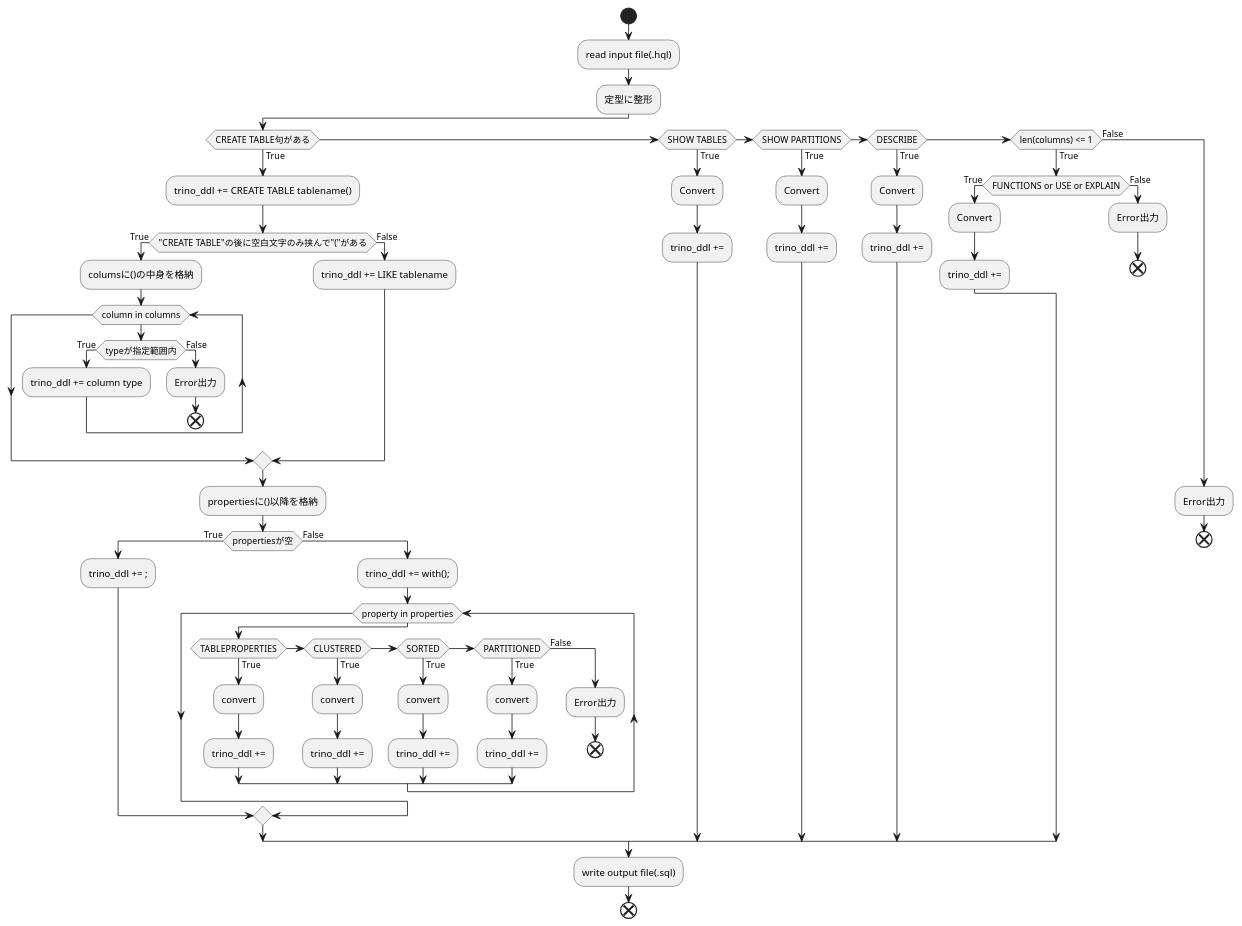
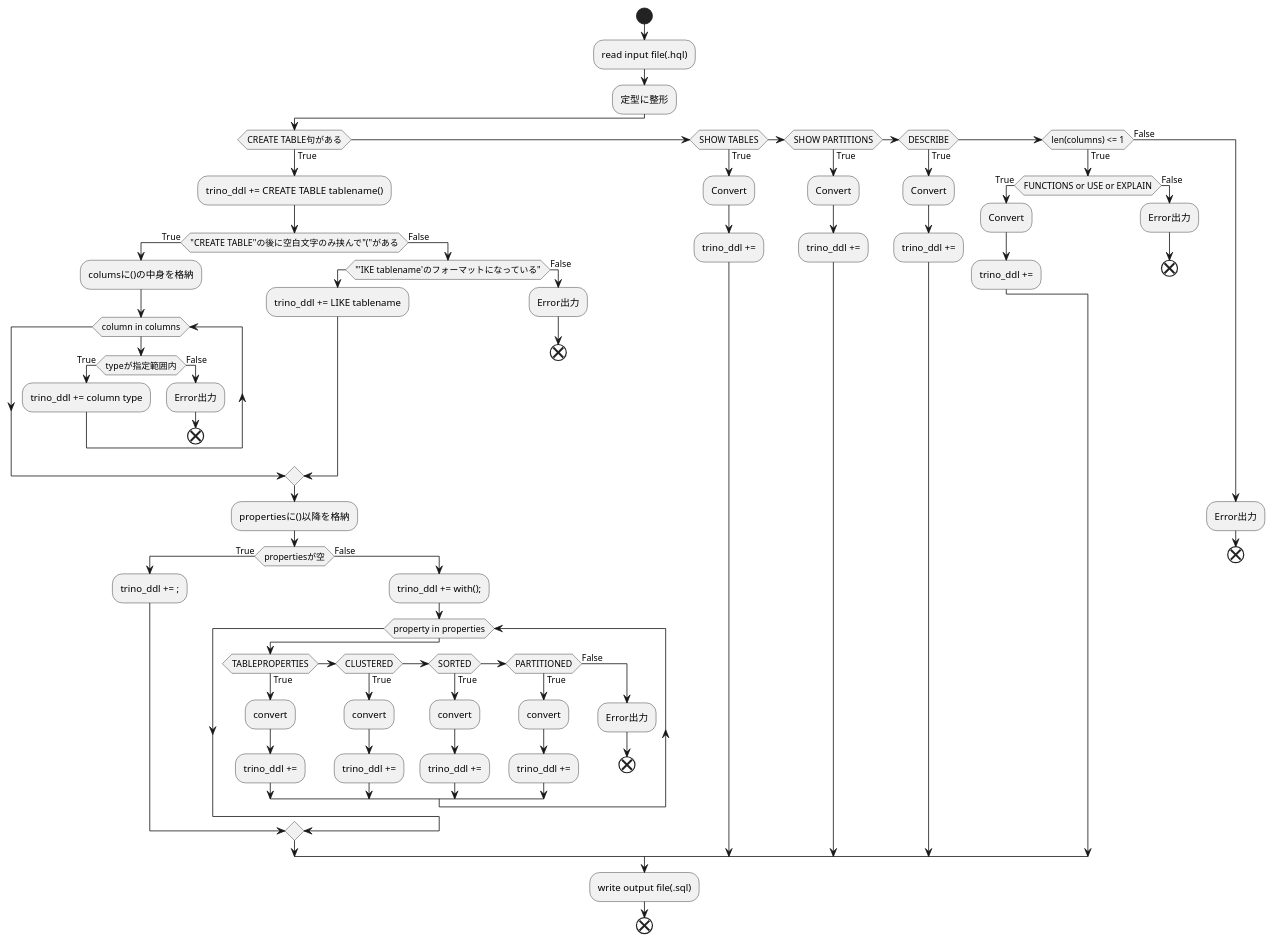
One commit to snym-yt/ConvertHiveDDLintoTrinoDDL changed the diagram in UML/converter2.puml. Above: the diagram before and after it, drawn with PlantUML.

Commit message:
LIKE句についてのアクティビティ図を改善

```diff
--- a/UML/converter2.puml
+++ b/UML/converter2.puml
@@ -1,90 +1,95 @@
 @startuml name
 start
     :read input file(.hql);
     :定型に整形;
     if (CREATE TABLE句がある) then (True)
 
         :trino_ddl += CREATE TABLE tablename();
         if ("CREATE TABLE"の後に空白文字のみ挟んで"("がある) then (True)
             :columsに()の中身を格納;
 
             while (column in columns)
 
                 if (typeが指定範囲内) then (True)
                     :trino_ddl += column type; 
                 else (False)
                     :Error出力;
                     end
                 endif  
 
             endwhile
 
         else (False)
-            :trino_ddl += LIKE tablename;
+            if ("'IKE tablename'のフォーマットになっている")
+                :trino_ddl += LIKE tablename;
+            else (False)
+                :Error出力;
+                end
+            endif
         endif
 
         :propertiesに()以降を格納;
 
         if (propertiesが空) then (True)
             :trino_ddl += ;;
 
         else (False)
 
             :trino_ddl += with();;
 
             while (property in properties)
 
                 if (TABLEPROPERTIES) then (True)
                     :convert;
                     :trino_ddl +=;
                 elseif (CLUSTERED) then (True)
                     :convert;
                     :trino_ddl +=;
                 elseif (SORTED) then (True)
                     :convert;
                     :trino_ddl +=;
                 elseif (PARTITIONED) then (True)
                     :convert;
                     :trino_ddl +=;
                 else (False)
                     :Error出力;
                     end
                 endif
 
             endwhile
         endif
 
 
 
     elseif (SHOW TABLES) then (True)
         :Convert;
         :trino_ddl +=;
 
     elseif (SHOW PARTITIONS) then (True)
         :Convert;
         :trino_ddl +=;
 
     elseif (DESCRIBE) then (True)
         :Convert;
         :trino_ddl +=;
 
     elseif (len(columns) <= 1) then (True)
         if (FUNCTIONS or USE or EXPLAIN) then (True)
             :Convert;
             :trino_ddl +=;
         else (False)
             :Error出力;
         end
         endif
 
     else (False)
         :Error出力;
         end
 
     endif
 
     :write output file(.sql);
 
 
 end
 @enduml
```
